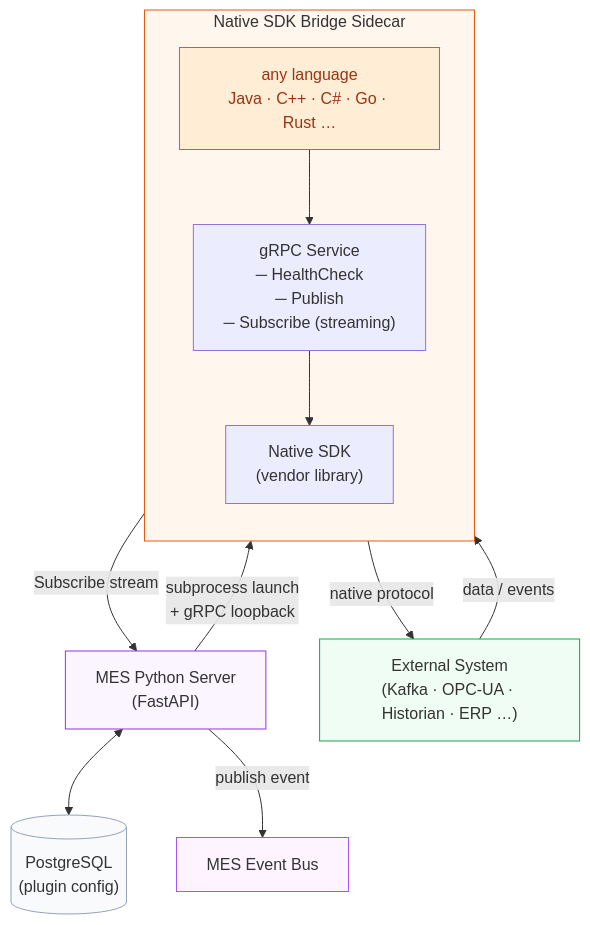
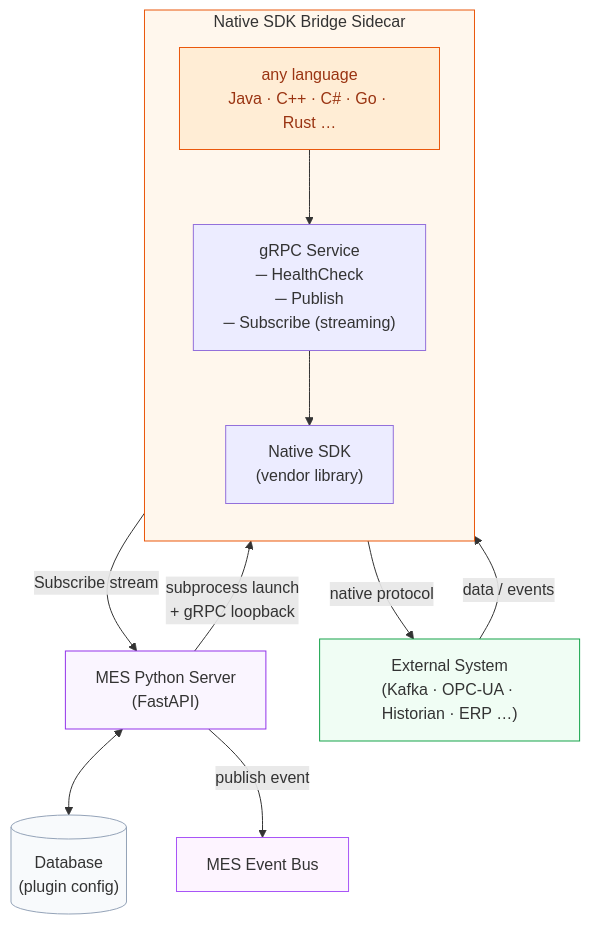
Before and after one commit to point85/mes-ai: the diagram in docs/native_sdk_bridge_design.mmd, drawn with Mermaid. The commit also changed 2 other files, not shown here.

```diff
--- a/docs/native_sdk_bridge_design.mmd
+++ b/docs/native_sdk_bridge_design.mmd
@@ -1,29 +1,29 @@
 flowchart TB
     PY["MES Python Server\n(FastAPI)"]
-    DB[("PostgreSQL\n(plugin config)")]
+    DB[("Database\n(plugin config)")]
     BUS["MES Event Bus"]
 
     subgraph SIDECAR["Native SDK Bridge Sidecar"]
         direction TB
         LANG["any language\nJava · C++ · C# · Go · Rust …"]
         GRPC["gRPC Service\n─ HealthCheck\n─ Publish\n─ Subscribe (streaming)"]
         SDK["Native SDK\n(vendor library)"]
         LANG --> GRPC
         GRPC --> SDK
     end
 
     EXT["External System\n(Kafka · OPC-UA · Historian · ERP …)"]
 
     PY <--> DB
     PY -- "publish event" --> BUS
     PY -- "subprocess launch\n+ gRPC loopback" --> GRPC
     GRPC -- "Subscribe stream" --> PY
     SDK -- "native protocol" --> EXT
     EXT -- "data / events" --> SDK
 
     style PY      fill:#faf5ff,stroke:#9333ea
     style SIDECAR fill:#fff7ed,stroke:#ea580c
     style EXT     fill:#f0fdf4,stroke:#16a34a
     style DB      fill:#f8fafc,stroke:#94a3b8
     style BUS     fill:#fdf4ff,stroke:#a855f7
     style LANG    fill:#ffedd5,stroke:#ea580c,color:#9a3412
```
